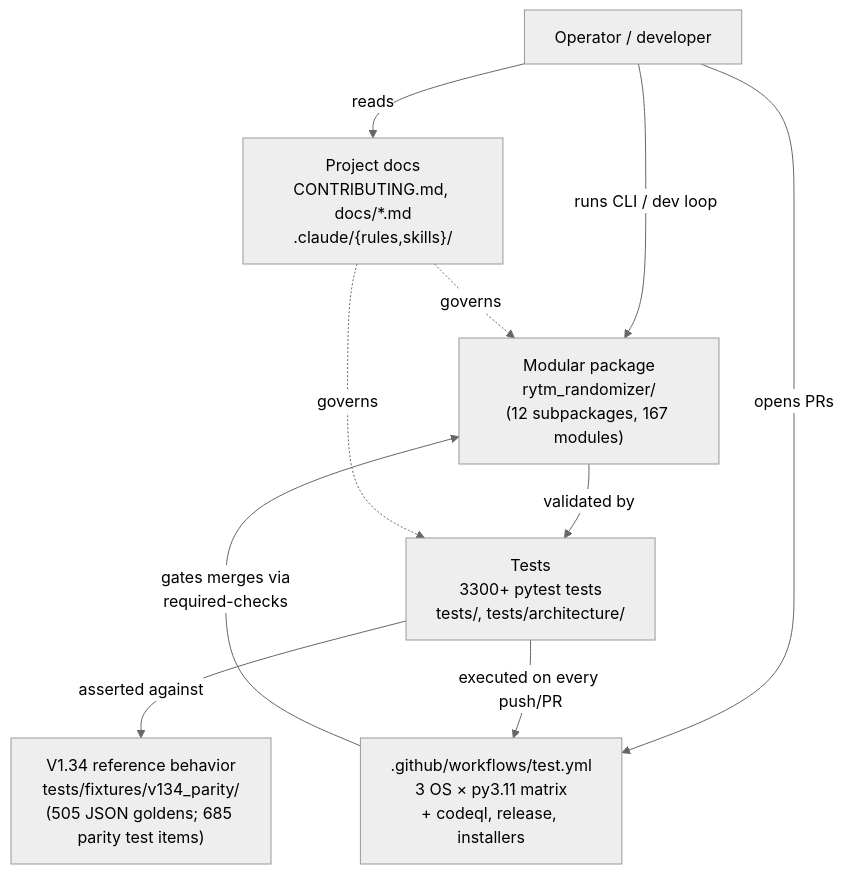
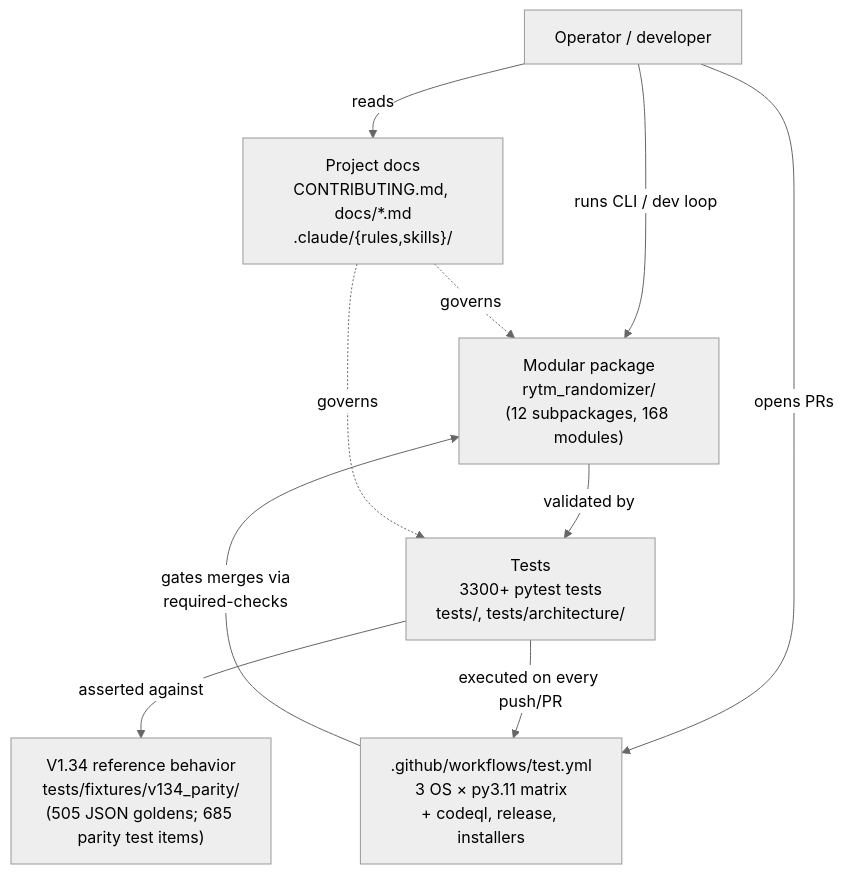
Before and after one commit to buzzijose-hub/RytmRandomizer: the first of 26 diagrams in docs/ARCHITECTURE_DIAGRAMS.md, drawn with Mermaid (neutral theme). The commit also changed other lines of this file and 14 other files, not shown here.

````diff
--- a/docs/ARCHITECTURE_DIAGRAMS.md
+++ b/docs/ARCHITECTURE_DIAGRAMS.md
@@ -47,22 +47,22 @@
 ```mermaid
 flowchart TB
     User["Operator / developer"]
     V134["V1.34 reference behavior<br/>tests/fixtures/v134_parity/<br/>(505 JSON goldens; 685 parity test items)"]
-    Package["Modular package<br/>rytm_randomizer/<br/>(12 subpackages, 167 modules)"]
+    Package["Modular package<br/>rytm_randomizer/<br/>(12 subpackages, 168 modules)"]
     Tests["Tests<br/>3300+ pytest tests<br/>tests/, tests/architecture/"]
     CI[".github/workflows/test.yml<br/>3 OS × py3.11 matrix<br/>+ codeql, release, installers"]
     Docs["Project docs<br/>CONTRIBUTING.md, docs/*.md<br/>.claude/{rules,skills}/"]
 
     User -->|"runs CLI / dev loop"| Package
     User -->|"opens PRs"| CI
     User -->|"reads"| Docs
 
     Package -->|"validated by"| Tests
     Tests -->|"asserted against"| V134
     Tests -->|"executed on every push/PR"| CI
 
     CI -->|"gates merges via<br/>required-checks"| Package
 
     Docs -.->|"governs"| Package
     Docs -.->|"governs"| Tests
 ```
````
